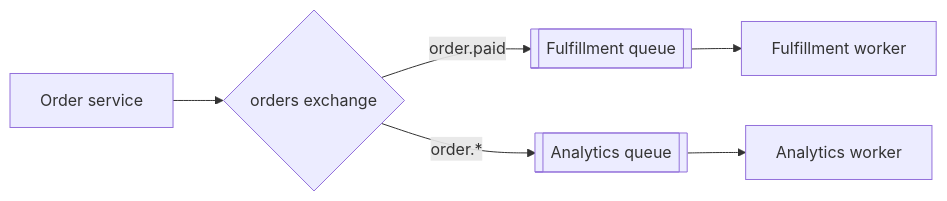
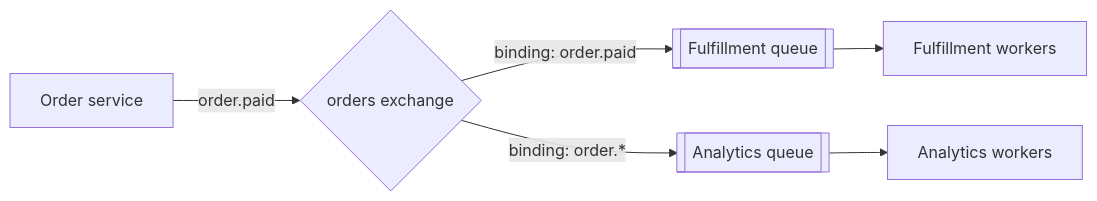
Before and after one commit to alanqi03/sys-design: the first of 2 diagrams in queues/rabbitmq.md, drawn with Mermaid. The commit also changed other lines of this file and 6 other files, not shown here.

````diff
--- a/queues/rabbitmq.md
+++ b/queues/rabbitmq.md
@@ -13,8 +17,8 @@
 ```{mermaid}
 flowchart LR
-  producer[Order service] --> exchange{orders exchange}
-  exchange -->|order.paid| fulfillment[[Fulfillment queue]]
-  exchange -->|order.*| analytics[[Analytics queue]]
-  fulfillment --> worker1[Fulfillment worker]
-  analytics --> worker2[Analytics worker]
+  producer[Order service] -->|"order.paid"| exchange{orders exchange}
+  exchange -->|"binding: order.paid"| fulfillment[[Fulfillment queue]]
+  exchange -->|"binding: order.*"| analytics[[Analytics queue]]
+  fulfillment --> w1[Fulfillment workers]
+  analytics --> w2[Analytics workers]
 ```
````
